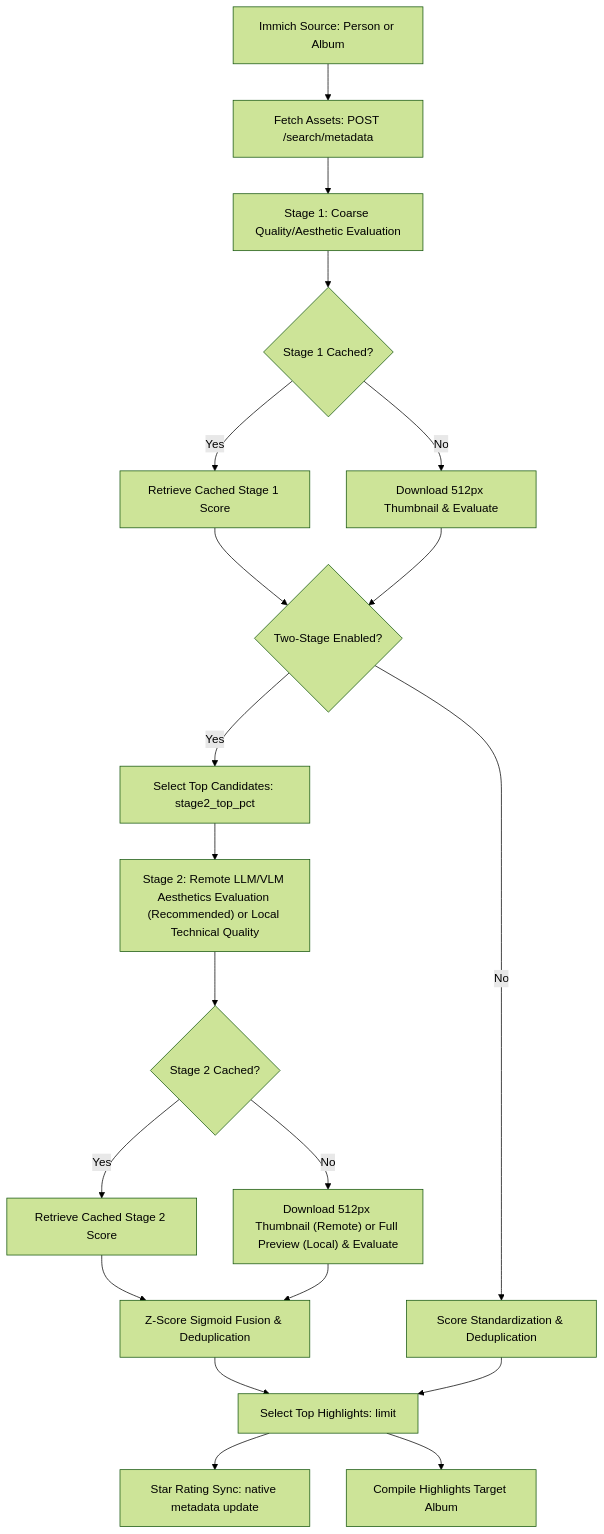
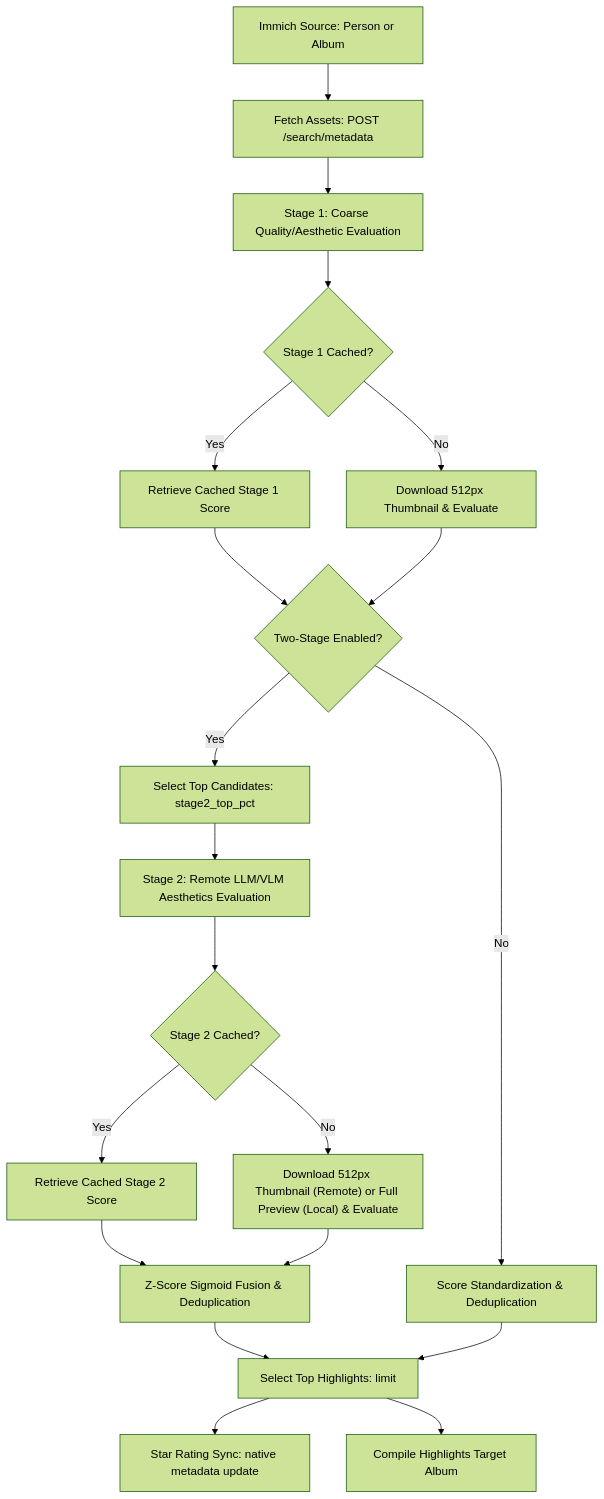
Before and after one commit to jbelew/immich-aesthetic-scorer: the diagram in README.md, drawn with Mermaid (forest theme). The commit also changed other lines of this file, not shown here.

First line of the commit message:
docs: add list of tested local models to README

````diff
--- a/README.md
+++ b/README.md
@@ -17,26 +17,26 @@
 ```mermaid
 graph TD
     A[Immich Source: Person or Album] --> B[Fetch Assets: POST /search/metadata]
     B --> C[Stage 1: Coarse Quality/Aesthetic Evaluation]
     C --> D{Stage 1 Cached?}
     D -->|Yes| E[Retrieve Cached Stage 1 Score]
     D -->|No| F[Download 512px Thumbnail & Evaluate]
     E --> H{Two-Stage Enabled?}
     F --> H
 
     H -->|Yes| I[Select Top Candidates: stage2_top_pct]
-    I --> J["Stage 2: Remote LLM/VLM Aesthetics Evaluation (Recommended) or Local Technical Quality"]
+    I --> J["Stage 2: Remote LLM/VLM Aesthetics Evaluation"]
     J --> K{Stage 2 Cached?}
     K -->|Yes| L[Retrieve Cached Stage 2 Score]
     K -->|No| M["Download 512px Thumbnail (Remote) or Full Preview (Local) & Evaluate"]
     L --> N[Z-Score Sigmoid Fusion & Deduplication]
     M --> N
 
     H -->|No| O[Score Standardization & Deduplication]
 
     N --> P[Select Top Highlights: limit]
     O --> P
 
     P --> Q[Star Rating Sync: native metadata update]
     P --> R[Compile Highlights Target Album]
 ```
````
